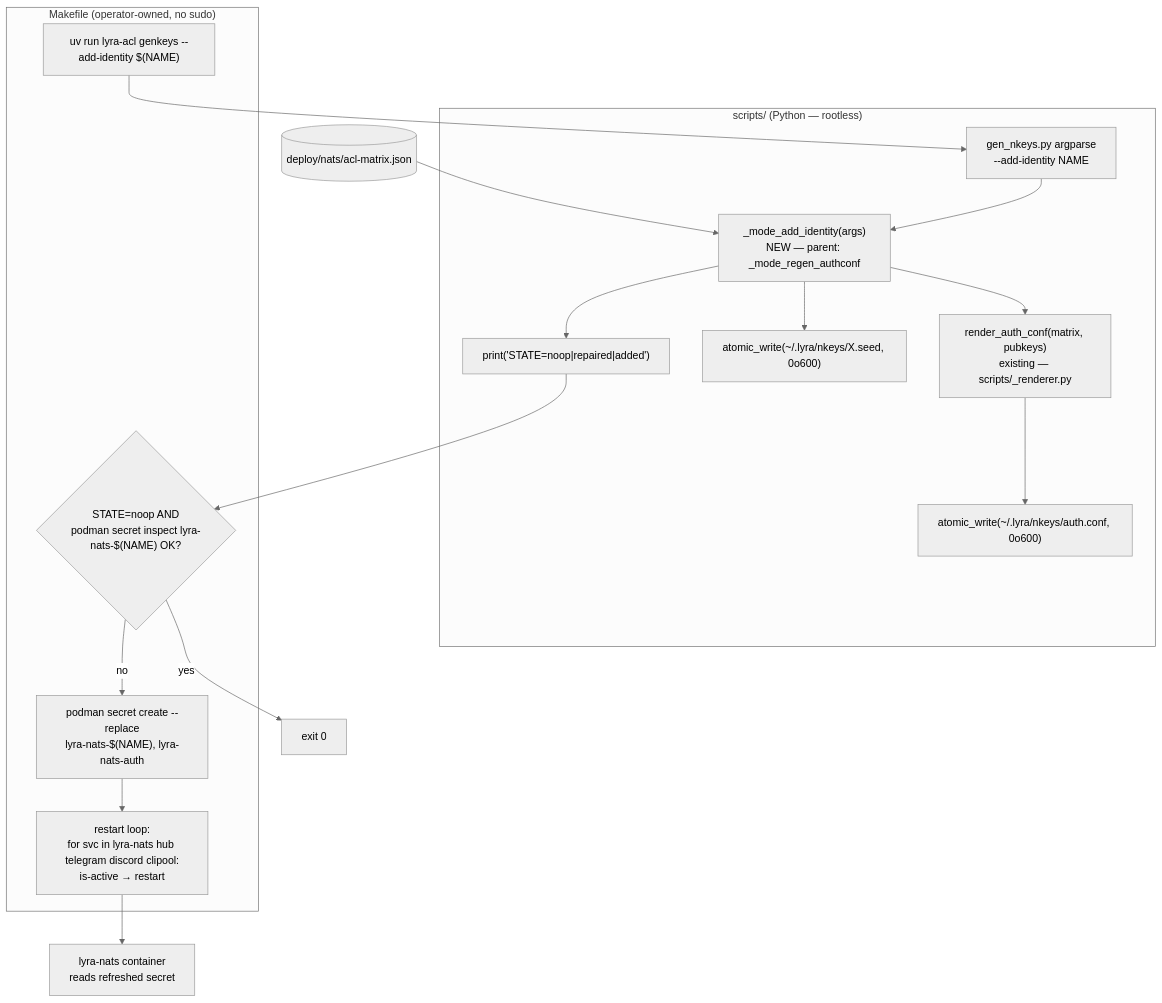
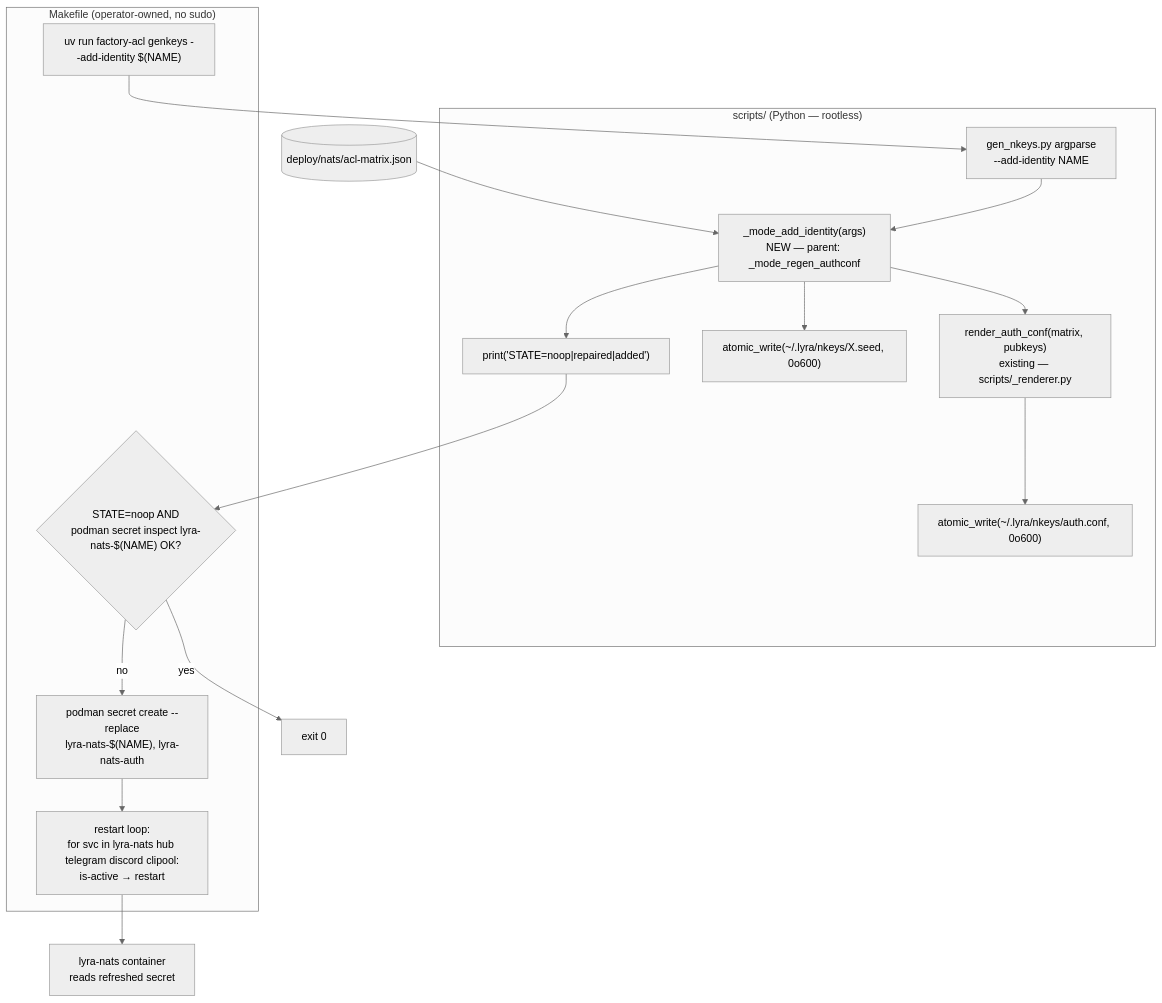
Before and after one commit to Roxabi/lyra: the first of 2 diagrams in artifacts/plans/1361-prevent-key-rotation-cascade-plan.mdx, drawn with Mermaid (neutral theme). The commit also changed other lines of this file and 1256 other files, not shown here.

First line of the commit message:
refactor: rename lyra→factory (package/CLI, env vars, container identity)

````diff
--- a/artifacts/plans/1361-prevent-key-rotation-cascade-plan.mdx
+++ b/artifacts/plans/1361-prevent-key-rotation-cascade-plan.mdx
@@ -18,32 +18,32 @@
 ```mermaid
 flowchart TD
     subgraph CLI["scripts/ (Python — rootless)"]
       A1["gen_nkeys.py argparse<br/>--add-identity NAME"]
       A2["_mode_add_identity(args)<br/>NEW — parent: _mode_regen_authconf"]
       A3["render_auth_conf(matrix, pubkeys)<br/>existing — scripts/_renderer.py"]
       A4["atomic_write(~/.lyra/nkeys/X.seed, 0o600)"]
       A5["atomic_write(~/.lyra/nkeys/auth.conf, 0o600)"]
       A6["print('STATE=noop|repaired|added')"]
     end
 
     subgraph MK["Makefile (operator-owned, no sudo)"]
-      M1["uv run lyra-acl genkeys --add-identity $(NAME)"]
+      M1["uv run factory-acl genkeys --add-identity $(NAME)"]
       M2{"STATE=noop AND<br/>podman secret inspect lyra-nats-$(NAME) OK?"}
       M3["podman secret create --replace<br/>lyra-nats-$(NAME), lyra-nats-auth"]
       M4["restart loop:<br/>for svc in lyra-nats hub telegram discord clipool:<br/>is-active → restart"]
     end
 
     MATRIX[(deploy/nats/acl-matrix.json)] --> A2
     A1 --> A2
     A2 --> A3
     A2 --> A4
     A3 --> A5
     A2 --> A6
 
     M1 --> A1
     A6 --> M2
     M2 -- "yes" --> END[exit 0]
     M2 -- "no" --> M3
     M3 --> M4
     M4 --> NATS[lyra-nats container<br/>reads refreshed secret]
 ```
````
